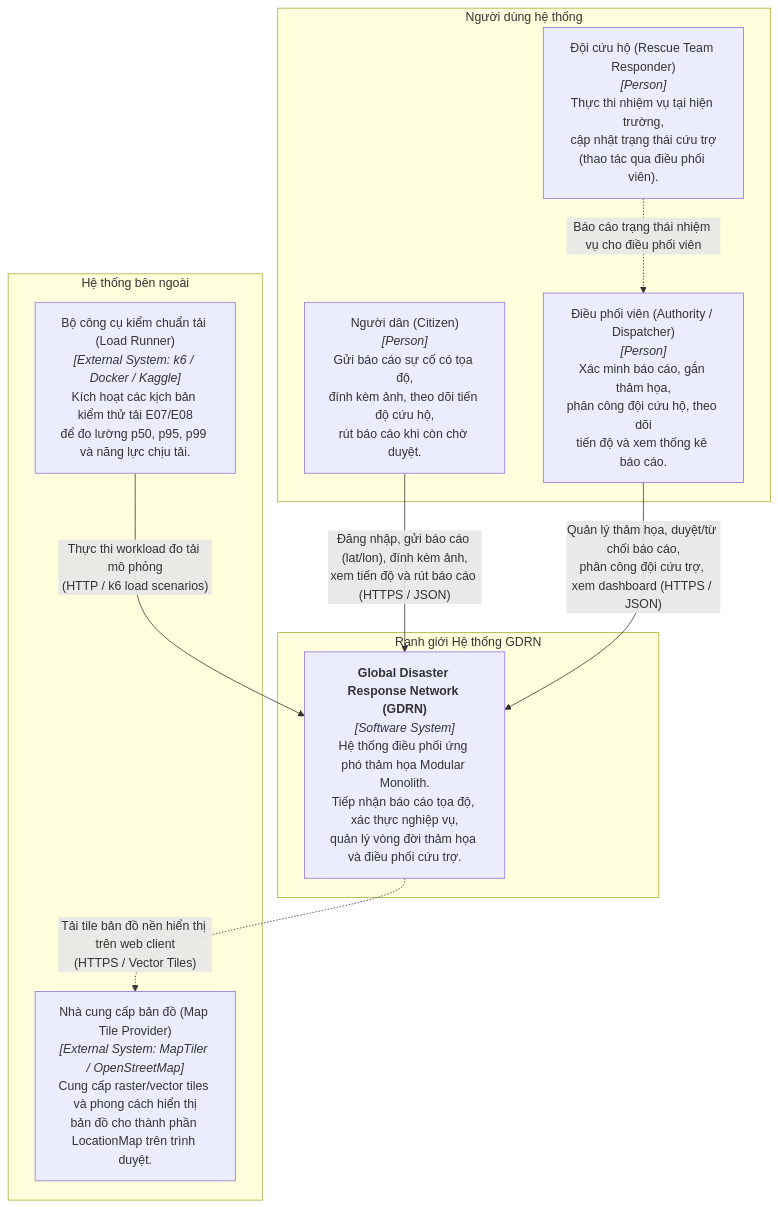
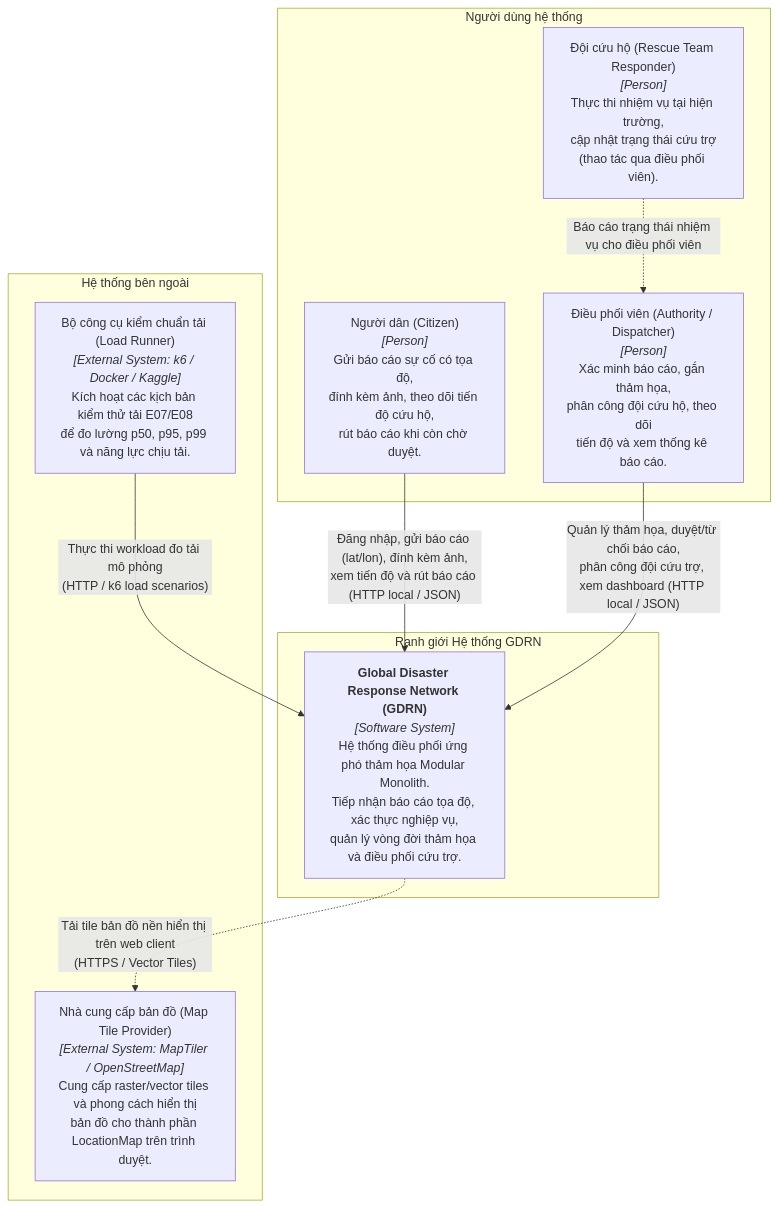
Before and after one commit to ThePhapp/gdrn-disaster-response: the first of 4 diagrams in docs/architecture/architecture-overview.md, drawn with Mermaid. The commit also changed other lines of this file and 8 other files, not shown here.

````diff
--- a/docs/architecture/architecture-overview.md
+++ b/docs/architecture/architecture-overview.md
@@ -26,24 +26,24 @@
 ```mermaid
 flowchart TD
     subgraph Users ["Người dùng hệ thống"]
         Citizen["Người dân (Citizen)<br/><i>[Person]</i><br/>Gửi báo cáo sự cố có tọa độ,<br/>đính kèm ảnh, theo dõi tiến độ cứu hộ,<br/>rút báo cáo khi còn chờ duyệt."]
         Authority["Điều phối viên (Authority / Dispatcher)<br/><i>[Person]</i><br/>Xác minh báo cáo, gắn thảm họa,<br/>phân công đội cứu hộ, theo dõi<br/>tiến độ và xem thống kê báo cáo."]
         Responder["Đội cứu hộ (Rescue Team Responder)<br/><i>[Person]</i><br/>Thực thi nhiệm vụ tại hiện trường,<br/>cập nhật trạng thái cứu trợ<br/>(thao tác qua điều phối viên)."]
     end
 
     subgraph SystemBoundary ["Ranh giới Hệ thống GDRN"]
         GDRN["<b>Global Disaster Response Network (GDRN)</b><br/><i>[Software System]</i><br/>Hệ thống điều phối ứng phó thảm họa Modular Monolith.<br/>Tiếp nhận báo cáo tọa độ, xác thực nghiệp vụ,<br/>quản lý vòng đời thảm họa và điều phối cứu trợ."]
     end
 
     subgraph ExternalSystems ["Hệ thống bên ngoài"]
         MapProvider["Nhà cung cấp bản đồ (Map Tile Provider)<br/><i>[External System: MapTiler / OpenStreetMap]</i><br/>Cung cấp raster/vector tiles và phong cách hiển thị<br/>bản đồ cho thành phần LocationMap trên trình duyệt."]
         BenchmarkRunner["Bộ công cụ kiểm chuẩn tải (Load Runner)<br/><i>[External System: k6 / Docker / Kaggle]</i><br/>Kích hoạt các kịch bản kiểm thử tải E07/E08<br/>để đo lường p50, p95, p99 và năng lực chịu tải."]
     end
 
-    Citizen -->|"Đăng nhập, gửi báo cáo (lat/lon), đính kèm ảnh,<br/>xem tiến độ và rút báo cáo (HTTPS / JSON)"| GDRN
-    Authority -->|"Quản lý thảm họa, duyệt/từ chối báo cáo,<br/>phân công đội cứu trợ, xem dashboard (HTTPS / JSON)"| GDRN
+    Citizen -->|"Đăng nhập, gửi báo cáo (lat/lon), đính kèm ảnh,<br/>xem tiến độ và rút báo cáo (HTTP local / JSON)"| GDRN
+    Authority -->|"Quản lý thảm họa, duyệt/từ chối báo cáo,<br/>phân công đội cứu trợ, xem dashboard (HTTP local / JSON)"| GDRN
     Responder -.->|"Báo cáo trạng thái nhiệm vụ cho điều phối viên"| Authority
 
     GDRN -.->|"Tải tile bản đồ nền hiển thị trên web client<br/>(HTTPS / Vector Tiles)"| MapProvider
     BenchmarkRunner -->|"Thực thi workload đo tải mô phỏng<br/>(HTTP / k6 load scenarios)"| GDRN
 ```
````
